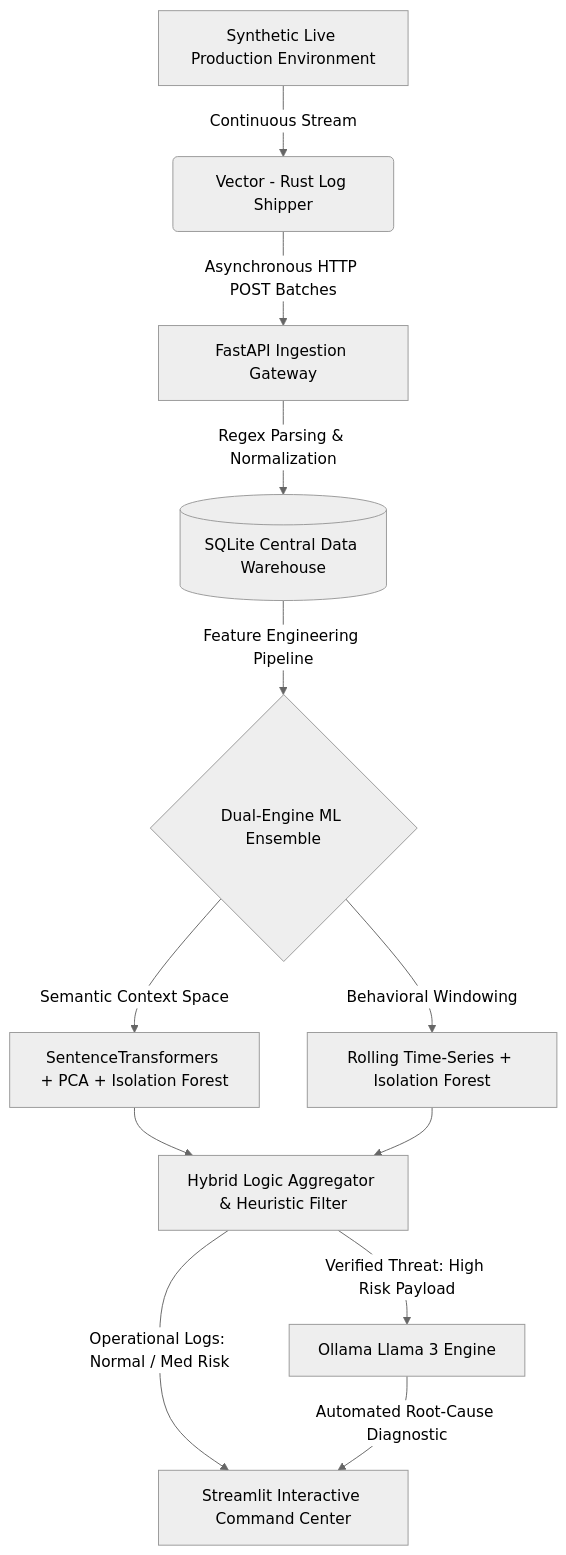
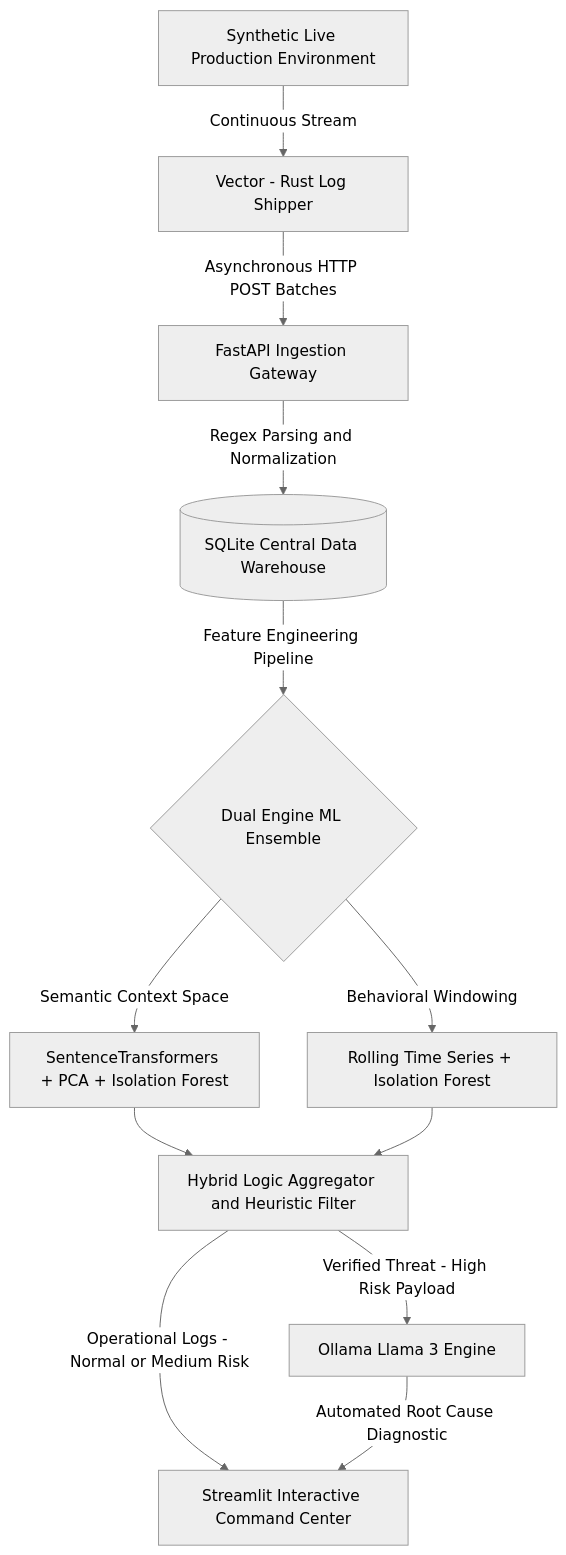
One commit to nilayDawn/universal-log-analyzer changed the diagram in README.md. Above: the diagram before and after it, drawn with Mermaid (neutral theme). The commit also changed other lines of this file and 8 other files, not shown here.

````diff
--- a/README.md
+++ b/README.md
@@ -55,18 +55,34 @@
 ```mermaid
 graph TD
-    A[Synthetic Live Production Environment] -->|Continuous Stream| B(Vector - Rust Log Shipper)
-    B -->|Asynchronous HTTP POST Batches| C[FastAPI Ingestion Gateway]
-    C -->|Regex Parsing & Normalization| D[(SQLite Central Data Warehouse)]
-    D -->|Feature Engineering Pipeline| E{Dual-Engine ML Ensemble}
-    
-    E -->|Semantic Context Space| F[SentenceTransformers + PCA + Isolation Forest]
-    E -->|Behavioral Windowing| G[Rolling Time-Series + Isolation Forest]
-    
-    F --> H[Hybrid Logic Aggregator & Heuristic Filter]
+
+    A[Synthetic Live Production Environment]
+    B[Vector - Rust Log Shipper]
+    C[FastAPI Ingestion Gateway]
+    D[(SQLite Central Data Warehouse)]
+
+    E{Dual Engine ML Ensemble}
+
+    F[SentenceTransformers + PCA + Isolation Forest]
+    G[Rolling Time Series + Isolation Forest]
+
+    H[Hybrid Logic Aggregator and Heuristic Filter]
+
+    I[Streamlit Interactive Command Center]
+    J[Ollama Llama 3 Engine]
+
+    A -->|Continuous Stream| B
+    B -->|Asynchronous HTTP POST Batches| C
+    C -->|Regex Parsing and Normalization| D
+    D -->|Feature Engineering Pipeline| E
+
+    E -->|Semantic Context Space| F
+    E -->|Behavioral Windowing| G
+
+    F --> H
     G --> H
-    
-    H -->|Operational Logs: Normal / Med Risk| I[Streamlit Interactive Command Center]
-    H -->|Verified Threat: High Risk Payload| J[Ollama Llama 3 Engine]
-    J -->|Automated Root-Cause Diagnostic| I
 
+    H -->|Operational Logs - Normal or Medium Risk| I
+    H -->|Verified Threat - High Risk Payload| J
+
+    J -->|Automated Root Cause Diagnostic| I
 ```
````
